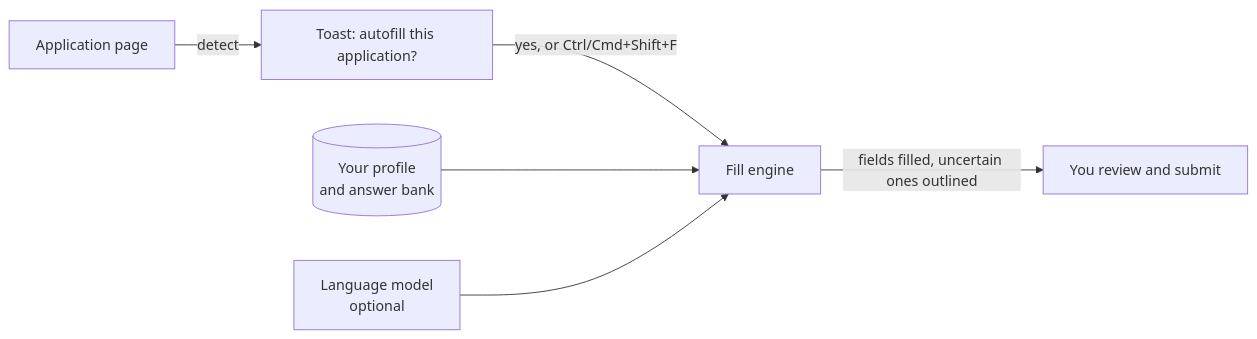
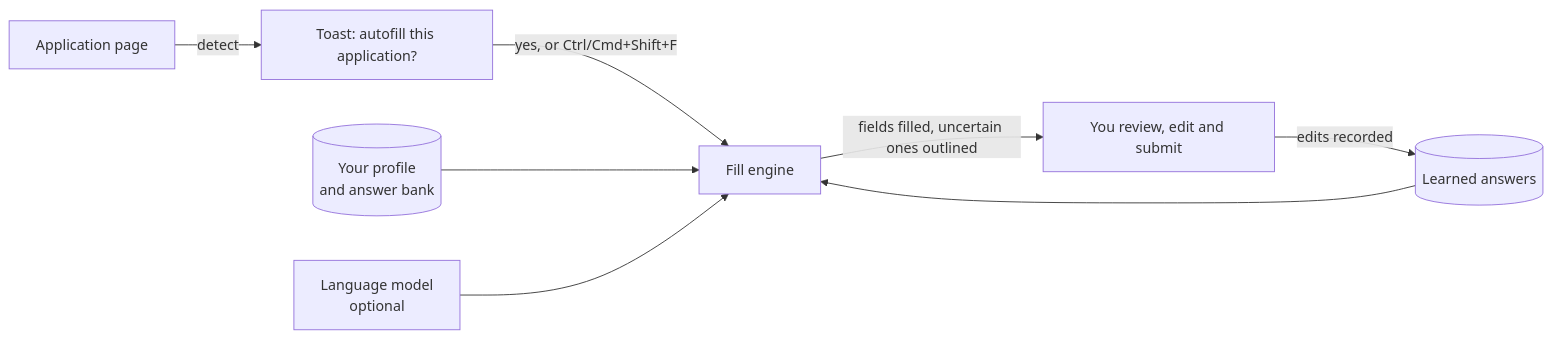
One commit to FindMalek/skiffr changed the diagram in README.md. Above: the diagram before and after it, drawn with Mermaid. The commit also changed other lines of this file and 9 other files, not shown here.

````diff
--- a/README.md
+++ b/README.md
@@ -64,8 +65,10 @@
 ```mermaid
 flowchart LR
   A[Application page] -->|detect| B[Toast: autofill this application?]
   B -->|yes, or Ctrl/Cmd+Shift+F| C[Fill engine]
   P[(Your profile<br/>and answer bank)] --> C
   M[Language model<br/>optional] --> C
-  C -->|fields filled, uncertain ones outlined| D[You review and submit]
+  C -->|fields filled, uncertain ones outlined| D[You review, edit and submit]
+  D -->|edits recorded| L[(Learned answers)]
+  L --> C
 ```
````
